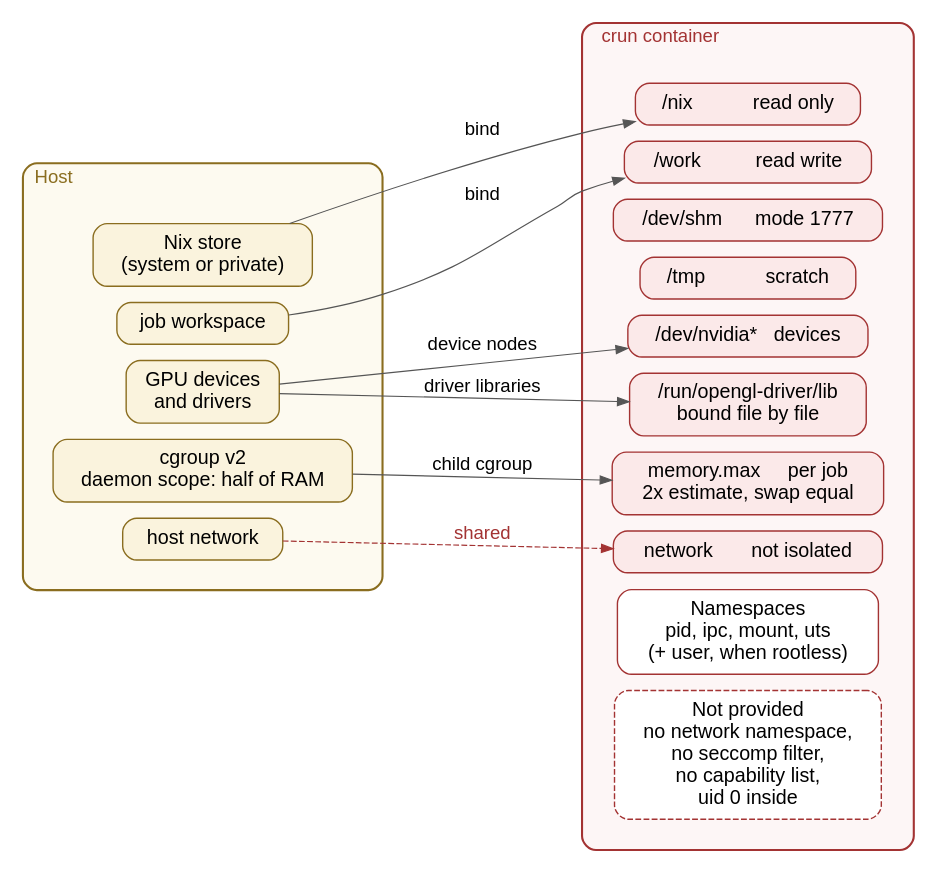
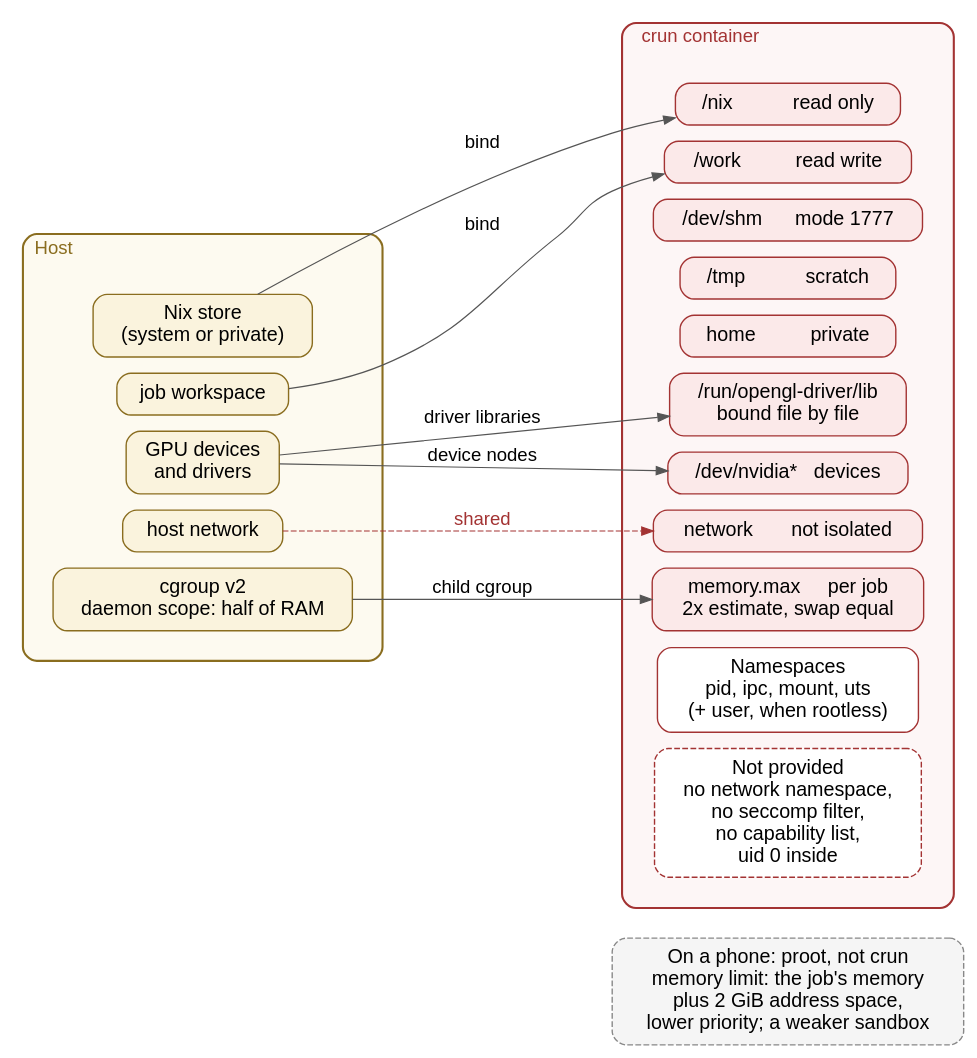
Before and after one commit to vinayakyadav2709/Pipedpeer: the diagram in docs/diagrams/src/fig_4.7_sandbox.dot, drawn with Graphviz. The commit also changed 28 other files, not shown here.

```diff
--- a/docs/diagrams/src/fig_4.7_sandbox.dot
+++ b/docs/diagrams/src/fig_4.7_sandbox.dot
@@ -1,46 +1,52 @@
 // Figure 4.7 - crun sandbox: what the job can and cannot see.
 digraph Sandbox {
   rankdir=LR; bgcolor="white"; nodesep=0.20; ranksep=1.3;
   node [fontname="Helvetica", fontsize=17, shape=box, style="rounded,filled",
         fillcolor="#eef3fb", color="#3b6ea5", penwidth=1.2, margin="0.18,0.11"];
   edge [fontname="Helvetica", fontsize=16, color="#555555"];
 
   subgraph cluster_host {
     label="Host"; labeljust=l; fontsize=16; fontname="Helvetica";
     style="rounded"; color="#8a6d1f"; penwidth=1.8; bgcolor="#fdfaf0"; fontcolor="#8a6d1f";
     margin="26,22";
     node [fillcolor="#faf3dd", color="#8a6d1f"];
     nix  [label="Nix store\n(system or private)"];
     work [label="job workspace"];
     gpu  [label="GPU devices\nand drivers"];
     cg   [label="cgroup v2\ndaemon scope: half of RAM"];
     net  [label="host network"];
     { rank=same; nix; work; gpu; cg; net; }
   }
 
   subgraph cluster_ct {
     label="crun container"; labeljust=l; fontsize=16; fontname="Helvetica";
     style="rounded"; color="#a33333"; penwidth=1.8; bgcolor="#fdf6f6"; fontcolor="#a33333";
     margin="26,22";
     node [fillcolor="#fbe9e9", color="#a33333"];
     m1 [label="/nix           read only"];
     m2 [label="/work          read write"];
     m3 [label="/dev/shm      mode 1777"];
     m4 [label="/tmp           scratch"];
+    m9 [label="home          private"];
     m5 [label="/dev/nvidia*   devices"];
     m6 [label="/run/opengl-driver/lib\nbound file by file"];
     m8 [label="memory.max     per job\n2x estimate, swap equal"];
     m7 [label="network       not isolated"];
     ns [label="Namespaces\npid, ipc, mount, uts\n(+ user, when rootless)", fillcolor="#ffffff"];
     no [label="Not provided\nno network namespace,\nno seccomp filter,\nno capability list,\nuid 0 inside",
         fillcolor="#ffffff", style="rounded,filled,dashed"];
-    { rank=same; m1; m2; m3; m4; m5; m6; m8; m7; ns; no; }
+    { rank=same; m1; m2; m3; m4; m9; m5; m6; m8; m7; ns; no; }
   }
 
   nix  -> m1 [label=" bind "];
   work -> m2 [label=" bind "];
   gpu  -> m5 [label=" device nodes "];
   gpu  -> m6 [label=" driver libraries "];
   cg   -> m8 [label=" child cgroup "];
   net  -> m7 [label=" shared ", style=dashed, color="#a33333", fontcolor="#a33333"];
+
+  // Phones run chunks under proot instead (report: Phones as full nodes).
+  phone [label="On a phone: proot, not crun\nmemory limit: the job's memory\nplus 2 GiB address space,\nlower priority; a weaker sandbox",
+         fillcolor="#f5f5f5", color="#888888", style="rounded,filled,dashed"];
+  cg -> phone [style=invis];
 }
```
